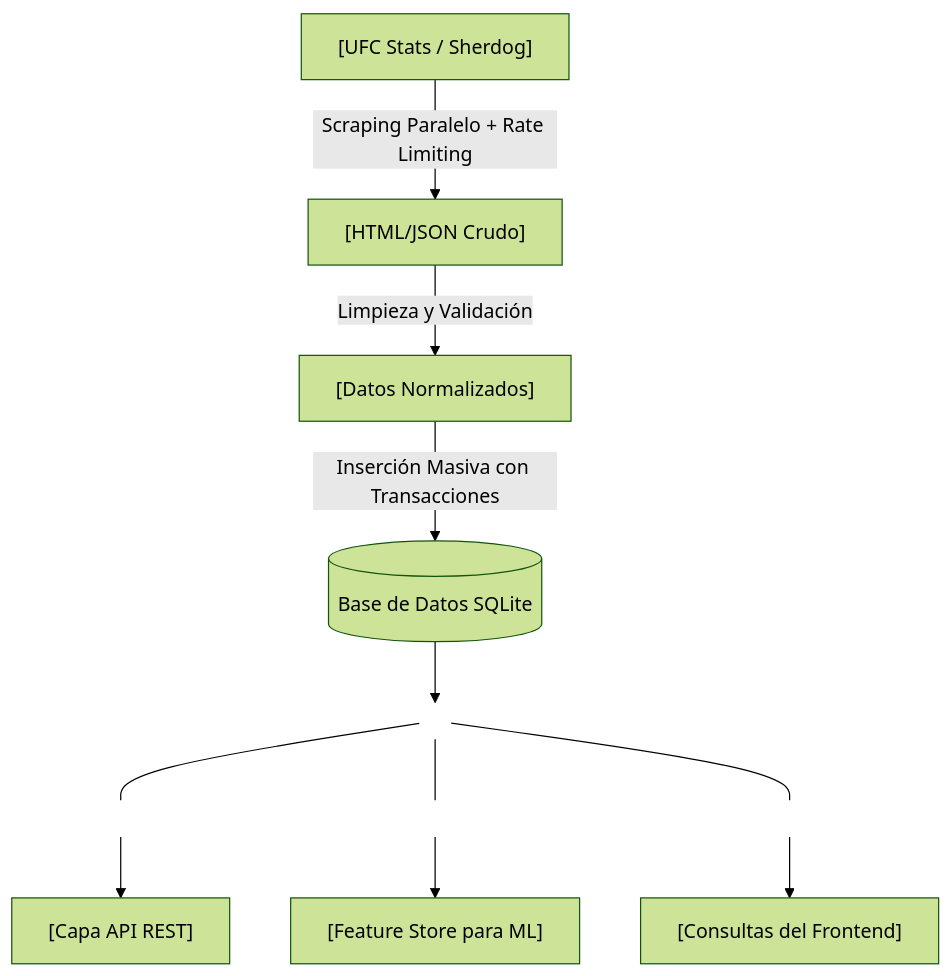
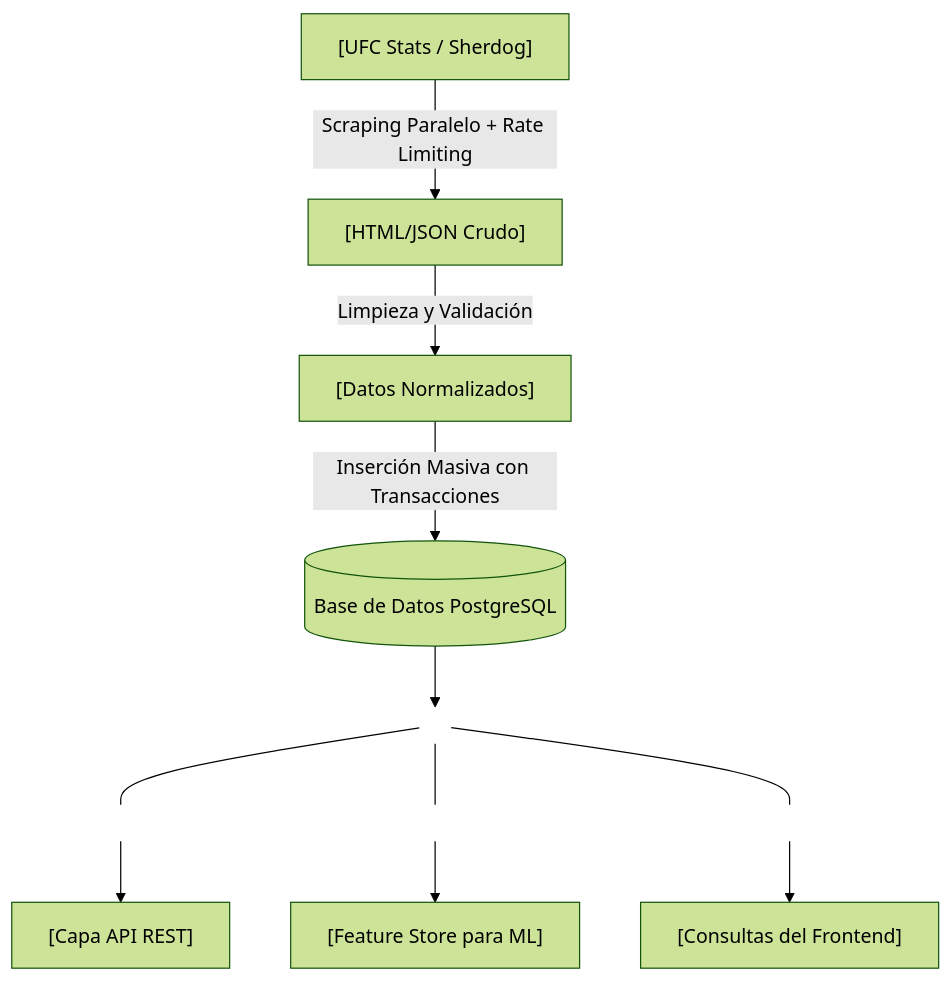
Before and after one commit to danielreidxd/cagemind: the diagram in README.es.md, drawn with Mermaid (forest theme). The commit also changed other lines of this file and 1 other file, not shown here.

Commit message:
Docs: Actualizar READMEs para PostgreSQL

````diff
--- a/README.es.md
+++ b/README.es.md
@@ -291,20 +306,20 @@
 ```mermaid
 graph TD
     A["[UFC Stats / Sherdog]"] -->|Scraping Paralelo + Rate Limiting| B["[HTML/JSON Crudo]"]
     B -->|Limpieza y Validación| C["[Datos Normalizados]"]
-    C -->|Inserción Masiva con Transacciones| D[("Base de Datos SQLite")]
+    C -->|Inserción Masiva con Transacciones| D[("Base de Datos PostgreSQL")]
 
     D --> E{ }
         E --- E1[ ]
         E --- E2[ ]
         E --- E3[ ]
 
     E1 --> F["[Capa API REST]"]
         E2 --> G["[Feature Store para ML]"]
         E3 --> H["[Consultas del Frontend]"]
 
     style E fill:none,stroke:none
     style E1 fill:none,stroke:none
     style E2 fill:none,stroke:none
     style E3 fill:none,stroke:none
 ```
````
